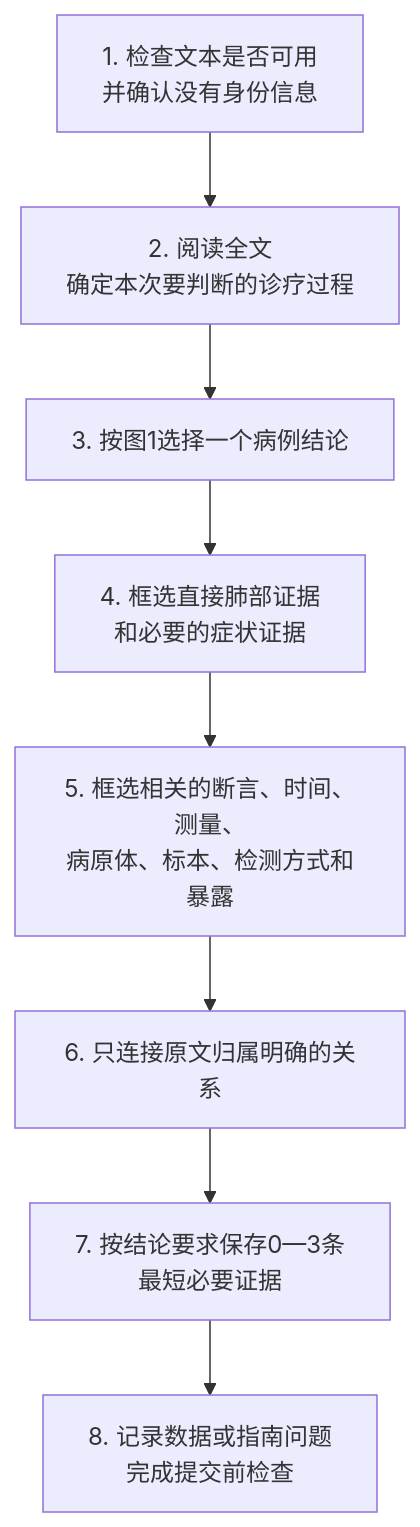
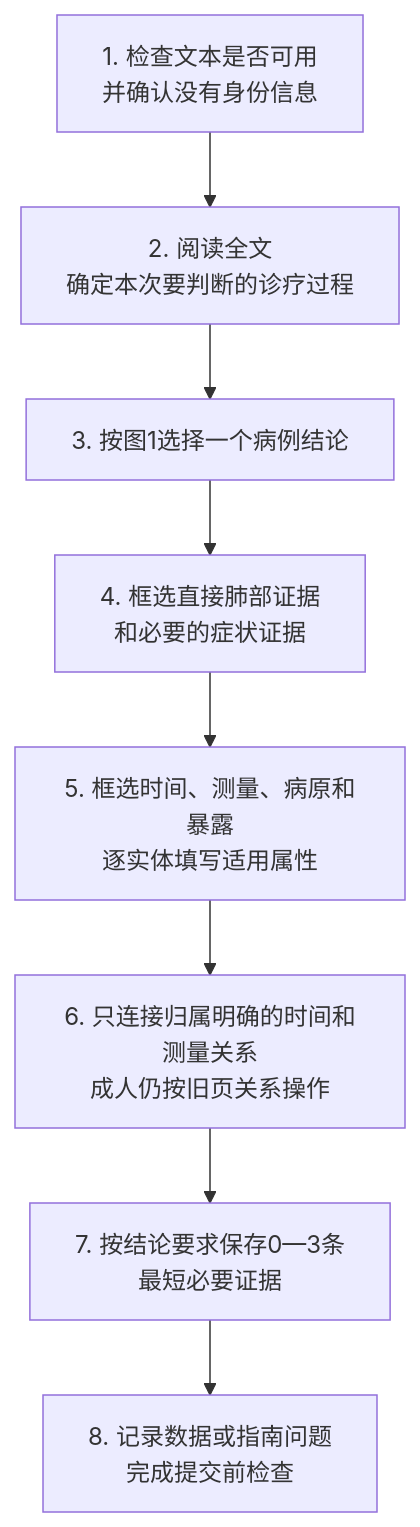
The third of 4 diagrams in annotation_agent_workflow/guides/annotation_guide_v2.1.1.md (sepmein/emr_structured_annotation), drawn with Mermaid before and after one commit. The commit also changed other lines of this file and 15 other files, not shown here.

Commit message:
Update child annotation schema, guide and label dictionary

````diff
--- a/annotation_agent_workflow/guides/annotation_guide_v2.1.1.md
+++ b/annotation_agent_workflow/guides/annotation_guide_v2.1.1.md
@@ -891,10 +779,10 @@
 ```mermaid
 flowchart TD
     A["1. 检查文本是否可用<br/>并确认没有身份信息"] --> B["2. 阅读全文<br/>确定本次要判断的诊疗过程"]
     B --> C["3. 按图1选择一个病例结论"]
     C --> D["4. 框选直接肺部证据<br/>和必要的症状证据"]
-    D --> E["5. 框选相关的断言、时间、测量、<br/>病原体、标本、检测方式和暴露"]
-    E --> F["6. 只连接原文归属明确的关系"]
+    D --> E["5. 框选时间、测量、病原和暴露<br/>逐实体填写适用属性"]
+    E --> F["6. 只连接归属明确的时间和测量关系<br/>成人仍按旧页关系操作"]
     F --> G["7. 按结论要求保存0—3条<br/>最短必要证据"]
     G --> H["8. 记录数据或指南问题<br/>完成提交前检查"]
 ```
````
